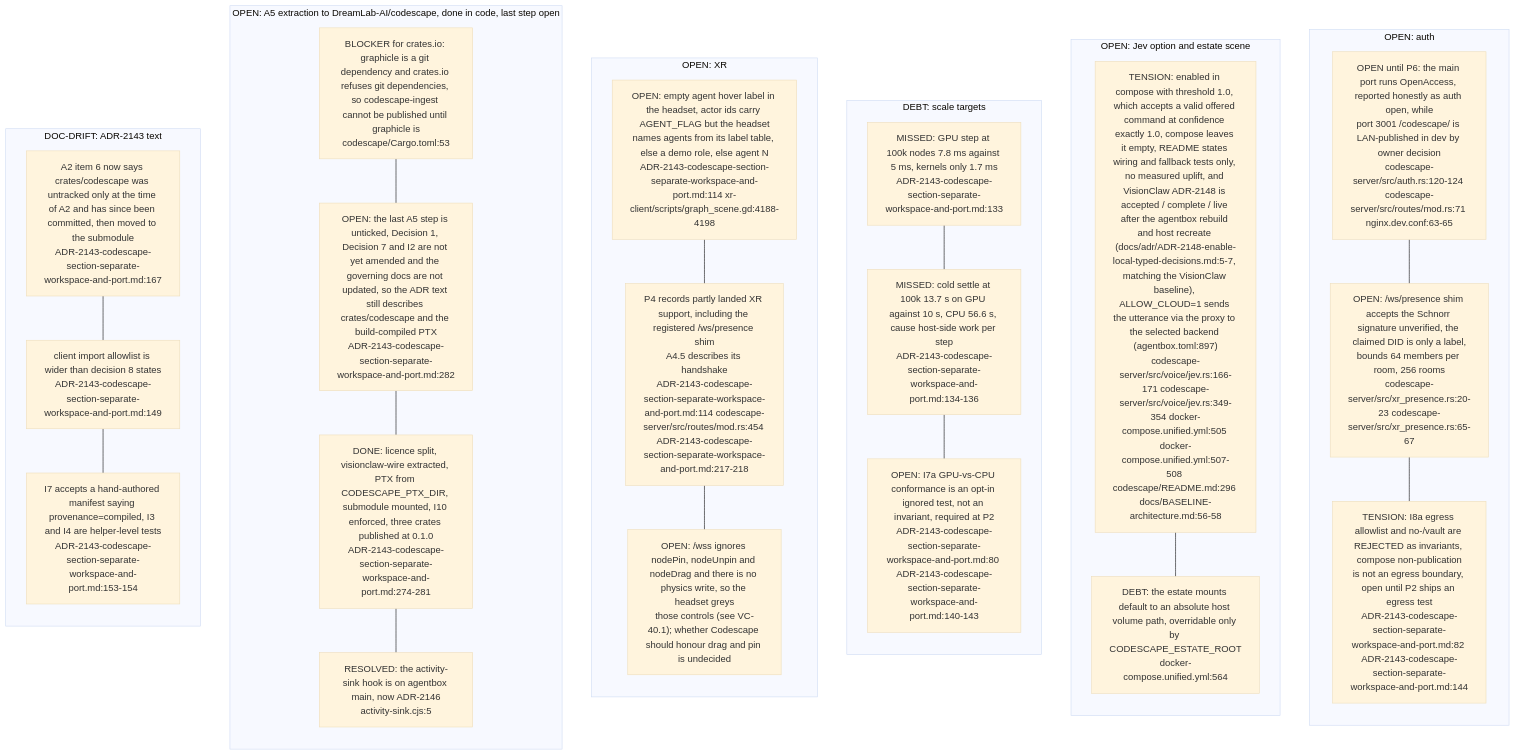
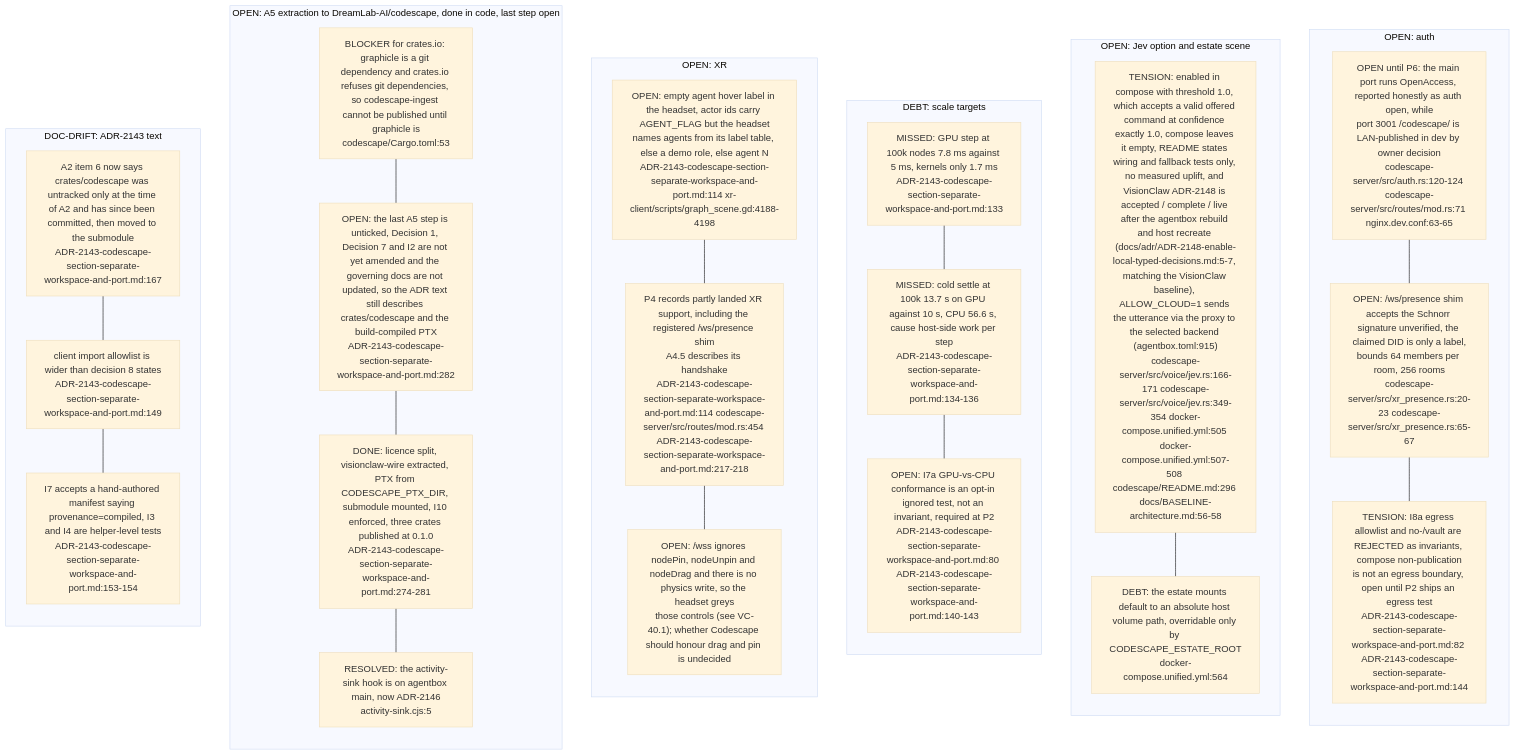
One commit to DreamLab-AI/VisionFlow changed the seventh of 8 diagrams in docs/diagrams/visionclaw/39-codescape.md. Above: the diagram before and after it, drawn with Mermaid (base theme). The commit also changed other lines of this file and 17 other files, not shown here.

````diff
--- a/docs/diagrams/visionclaw/39-codescape.md
+++ b/docs/diagrams/visionclaw/39-codescape.md
@@ -353,45 +353,45 @@
 ```mermaid
 flowchart TB
     subgraph SEC["OPEN: auth"]
         direction TB
         R1["OPEN until P6: the main port runs OpenAccess, reported honestly as auth open, while<br/>port 3001 /codescape/ is LAN-published in dev by owner decision<br/>codescape-server/src/auth.rs:120-124 codescape-server/src/routes/mod.rs:71 nginx.dev.conf:63-65"]
         R2["OPEN: /ws/presence shim accepts the Schnorr signature unverified, the claimed DID is only a label,<br/>bounds 64 members per room, 256 rooms<br/>codescape-server/src/xr_presence.rs:20-23 codescape-server/src/xr_presence.rs:65-67"]
         R3["TENSION: I8a egress allowlist and no-/vault are REJECTED as invariants, compose non-publication<br/>is not an egress boundary, open until P2 ships an egress test<br/>ADR-2143-codescape-section-separate-workspace-and-port.md:82 ADR-2143-codescape-section-separate-workspace-and-port.md:144"]
         R1 --- R2 --- R3
     end
     subgraph JEVG["OPEN: Jev option and estate scene"]
         direction TB
-        J1["TENSION: enabled in compose with threshold 1.0, which accepts a valid offered command at confidence exactly 1.0, compose leaves it empty, README states wiring and fallback tests only, no measured uplift, and VisionClaw ADR-2148 is accepted / complete / live after the agentbox rebuild and host recreate (docs/adr/ADR-2148-enable-local-typed-decisions.md:5-7, matching the VisionClaw baseline), ALLOW_CLOUD=1 sends the utterance via the proxy to the selected backend (agentbox.toml:897)<br/>codescape-server/src/voice/jev.rs:166-171 codescape-server/src/voice/jev.rs:349-354 docker-compose.unified.yml:505 docker-compose.unified.yml:507-508 codescape/README.md:296 docs/BASELINE-architecture.md:56-58"]
+        J1["TENSION: enabled in compose with threshold 1.0, which accepts a valid offered command at confidence exactly 1.0, compose leaves it empty, README states wiring and fallback tests only, no measured uplift, and VisionClaw ADR-2148 is accepted / complete / live after the agentbox rebuild and host recreate (docs/adr/ADR-2148-enable-local-typed-decisions.md:5-7, matching the VisionClaw baseline), ALLOW_CLOUD=1 sends the utterance via the proxy to the selected backend (agentbox.toml:915)<br/>codescape-server/src/voice/jev.rs:166-171 codescape-server/src/voice/jev.rs:349-354 docker-compose.unified.yml:505 docker-compose.unified.yml:507-508 codescape/README.md:296 docs/BASELINE-architecture.md:56-58"]
         J2["DEBT: the estate mounts default to an absolute host volume path, overridable only by CODESCAPE_ESTATE_ROOT<br/>docker-compose.unified.yml:564"]
         J1 --- J2
     end
     subgraph PERF["DEBT: scale targets"]
         direction TB
         P1["MISSED: GPU step at 100k nodes 7.8 ms against 5 ms, kernels only 1.7 ms<br/>ADR-2143-codescape-section-separate-workspace-and-port.md:133"]
         P2["MISSED: cold settle at 100k 13.7 s on GPU against 10 s, CPU 56.6 s, cause host-side work per step<br/>ADR-2143-codescape-section-separate-workspace-and-port.md:134-136"]
         P3["OPEN: I7a GPU-vs-CPU conformance is an opt-in ignored test, not an invariant, required at P2<br/>ADR-2143-codescape-section-separate-workspace-and-port.md:80 ADR-2143-codescape-section-separate-workspace-and-port.md:140-143"]
         P1 --- P2 --- P3
     end
     subgraph XRG["OPEN: XR"]
         direction TB
         X1["OPEN: empty agent hover label in the headset, actor ids carry AGENT_FLAG but the headset<br/>names agents from its label table, else a demo role, else agent N<br/>ADR-2143-codescape-section-separate-workspace-and-port.md:114 xr-client/scripts/graph_scene.gd:4188-4198"]
         X2["P4 records partly landed XR support, including the registered /ws/presence shim<br/>A4.5 describes its handshake<br/>ADR-2143-codescape-section-separate-workspace-and-port.md:114 codescape-server/src/routes/mod.rs:454 ADR-2143-codescape-section-separate-workspace-and-port.md:217-218"]
         X3["OPEN: /wss ignores nodePin, nodeUnpin and nodeDrag and there is no physics write, so the headset greys<br/>those controls (see VC-40.1); whether Codescape should honour drag and pin is undecided"]
         X1 --- X2 --- X3
     end
     subgraph EXT["OPEN: A5 extraction to DreamLab-AI/codescape, done in code, last step open"]
         direction TB
         E1["BLOCKER for crates.io: graphicle is a git dependency and crates.io refuses git dependencies, so codescape-ingest cannot be published until graphicle is<br/>codescape/Cargo.toml:53"]
         E2["OPEN: the last A5 step is unticked, Decision 1, Decision 7 and I2 are not yet amended and the governing docs are not updated, so the ADR text still describes crates/codescape and the build-compiled PTX<br/>ADR-2143-codescape-section-separate-workspace-and-port.md:282"]
         E3["DONE: licence split, visionclaw-wire extracted, PTX from CODESCAPE_PTX_DIR, submodule mounted, I10 enforced, three crates published at 0.1.0<br/>ADR-2143-codescape-section-separate-workspace-and-port.md:274-281"]
         E4["RESOLVED: the activity-sink hook is on agentbox main, now ADR-2146<br/>activity-sink.cjs:5"]
         E1 --- E2 --- E3 --- E4
     end
     subgraph DR["DOC-DRIFT: ADR-2143 text"]
         direction TB
         D1["A2 item 6 now says crates/codescape was untracked only at the time of A2 and has since been committed, then moved to the submodule<br/>ADR-2143-codescape-section-separate-workspace-and-port.md:167"]
         D2["client import allowlist is wider than decision 8 states<br/>ADR-2143-codescape-section-separate-workspace-and-port.md:149"]
         D3["I7 accepts a hand-authored manifest saying provenance=compiled, I3 and I4 are helper-level tests<br/>ADR-2143-codescape-section-separate-workspace-and-port.md:153-154"]
         D1 --- D2 --- D3
     end
 ```
````
